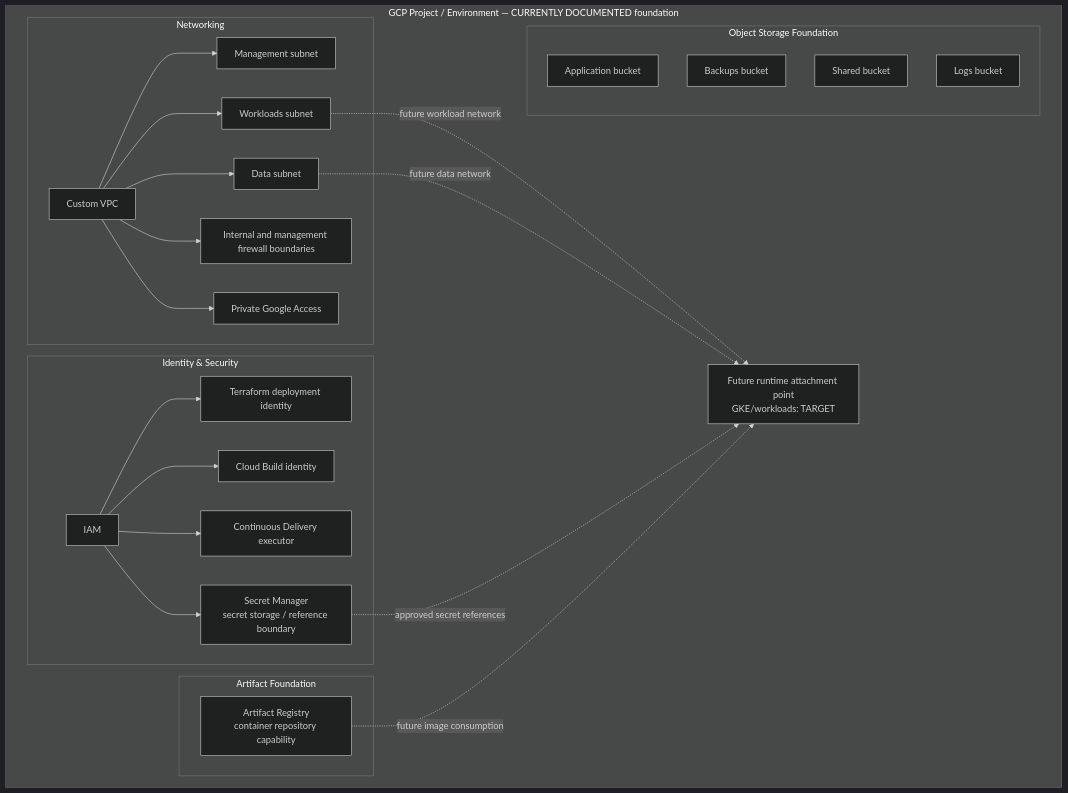
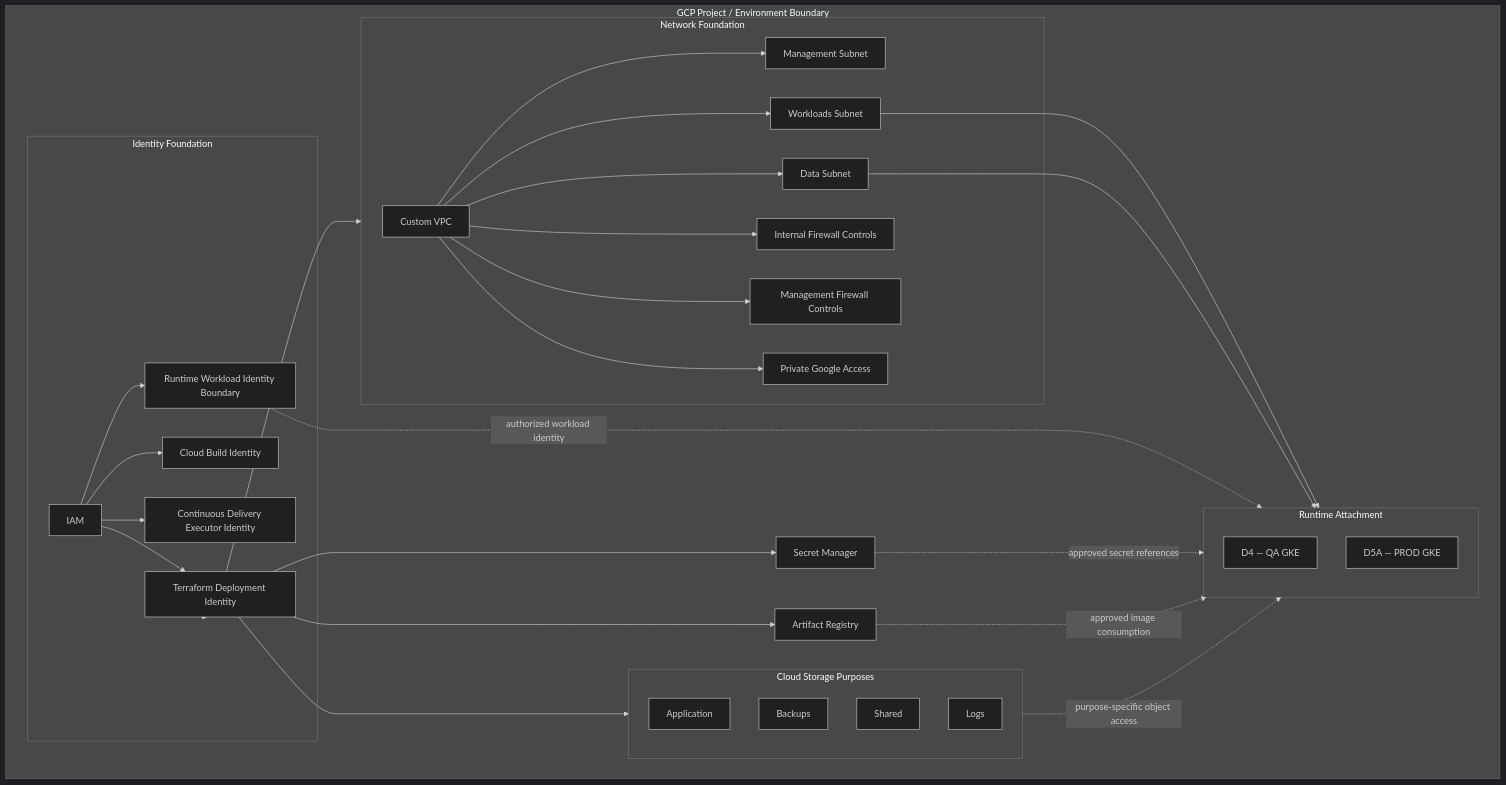
One commit to eventmgmtplatform/docs changed the second of 2 diagrams in docs/architecture/gcp-foundation-current.md. Above: the diagram before and after it, drawn with Mermaid (dark theme). The commit also changed other lines of this file and 4 other files, not shown here.

Commit message:
docs(architecture): redesign GCP foundation architecture

````diff
--- a/docs/architecture/gcp-foundation-current.md
+++ b/docs/architecture/gcp-foundation-current.md
@@ -18,48 +42,59 @@
 ```mermaid
 flowchart TB
-  subgraph PROJECT[GCP Project / Environment — CURRENTLY DOCUMENTED foundation]
-    subgraph NET[Networking]
+  subgraph PROJECT[GCP Project / Environment Boundary]
+    subgraph NETWORK[Network Foundation]
       VPC[Custom VPC]
-      MGMT[Management subnet]
-      WORK[Workloads subnet]
-      DATA[Data subnet]
-      FW[Internal and management firewall boundaries]
+      MGMT[Management Subnet]
+      WORK[Workloads Subnet]
+      DATA[Data Subnet]
+      IFW[Internal Firewall Controls]
+      MFW[Management Firewall Controls]
       PGA[Private Google Access]
       VPC --> MGMT
       VPC --> WORK
       VPC --> DATA
-      VPC --> FW
+      VPC --> IFW
+      VPC --> MFW
       VPC --> PGA
     end
 
-    subgraph ID[Identity & Security]
+    subgraph IDENTITY[Identity Foundation]
       IAM[IAM]
-      TFID[Terraform deployment identity]
-      BUILDID[Cloud Build identity]
-      CDID[Continuous Delivery executor]
-      SM[Secret Manager\nsecret storage / reference boundary]
+      TFID[Terraform Deployment Identity]
+      BUILDID[Cloud Build Identity]
+      CDID[Continuous Delivery Executor Identity]
+      RUNTIMEID[Runtime Workload Identity Boundary]
       IAM --> TFID
       IAM --> BUILDID
       IAM --> CDID
-      IAM --> SM
+      IAM --> RUNTIMEID
     end
 
-    subgraph ART[Artifact Foundation]
-      AR[Artifact Registry\ncontainer repository capability]
+    SM[Secret Manager]
+    AR[Artifact Registry]
+
+    subgraph STORAGE[Cloud Storage Purposes]
+      APP[Application]
+      BACKUP[Backups]
+      SHARED[Shared]
+      LOGS[Logs]
     end
 
-    subgraph STORAGE[Object Storage Foundation]
-      APP[Application bucket]
-      BACKUP[Backups bucket]
-      SHARED[Shared bucket]
-      LOGS[Logs bucket]
+    subgraph ATTACH[Runtime Attachment]
+      D4[D4 — QA GKE]
+      D5A[D5A — PROD GKE]
     end
-
-    ATTACH[Future runtime attachment point\nGKE/workloads: TARGET]
   end
 
-  WORK -. future workload network .-> ATTACH
-  DATA -. future data network .-> ATTACH
+  WORK --> ATTACH
+  DATA --> ATTACH
+  RUNTIMEID -. authorized workload identity .-> ATTACH
   SM -. approved secret references .-> ATTACH
-  AR -. future image consumption .-> ATTACH
+  AR -. approved image consumption .-> ATTACH
+  STORAGE -. purpose-specific object access .-> ATTACH
+  TFID --> NETWORK
+  TFID --> IDENTITY
+  TFID --> SM
+  TFID --> AR
+  TFID --> STORAGE
 ```
````
